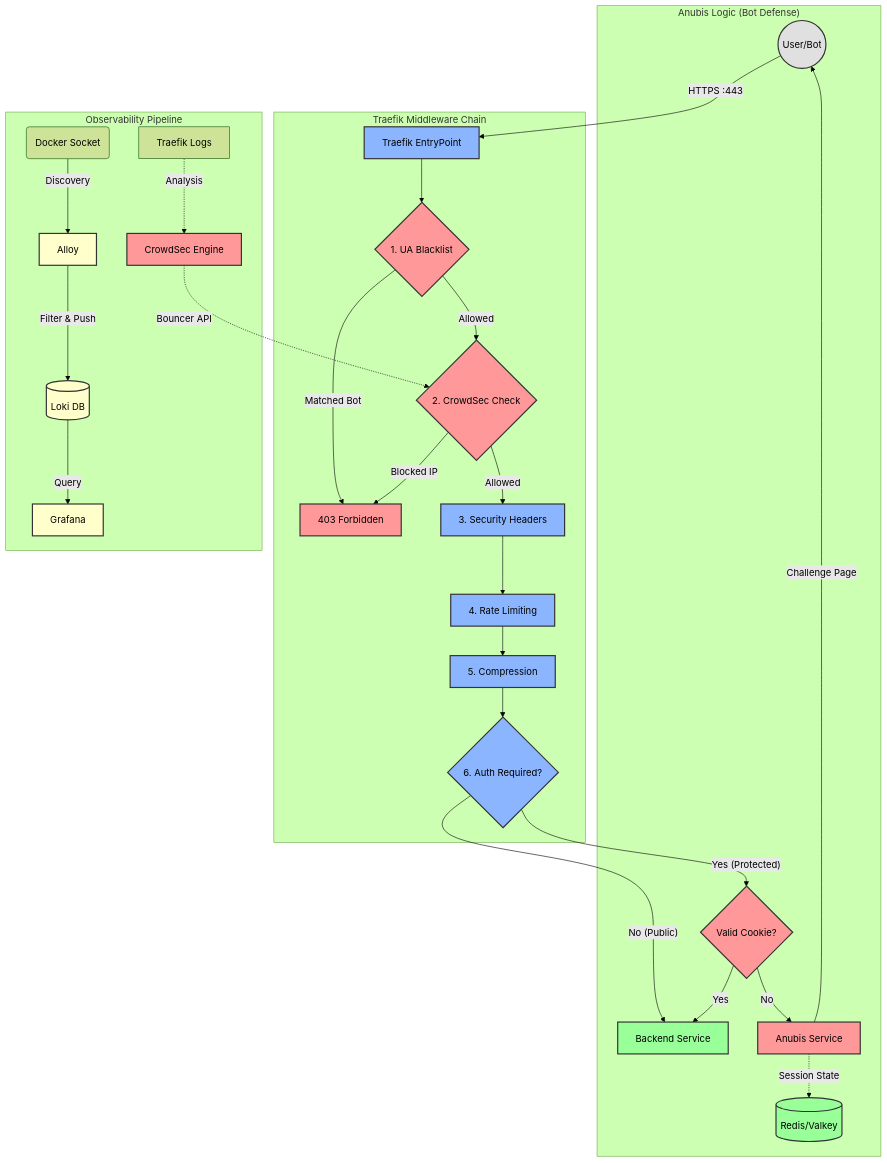
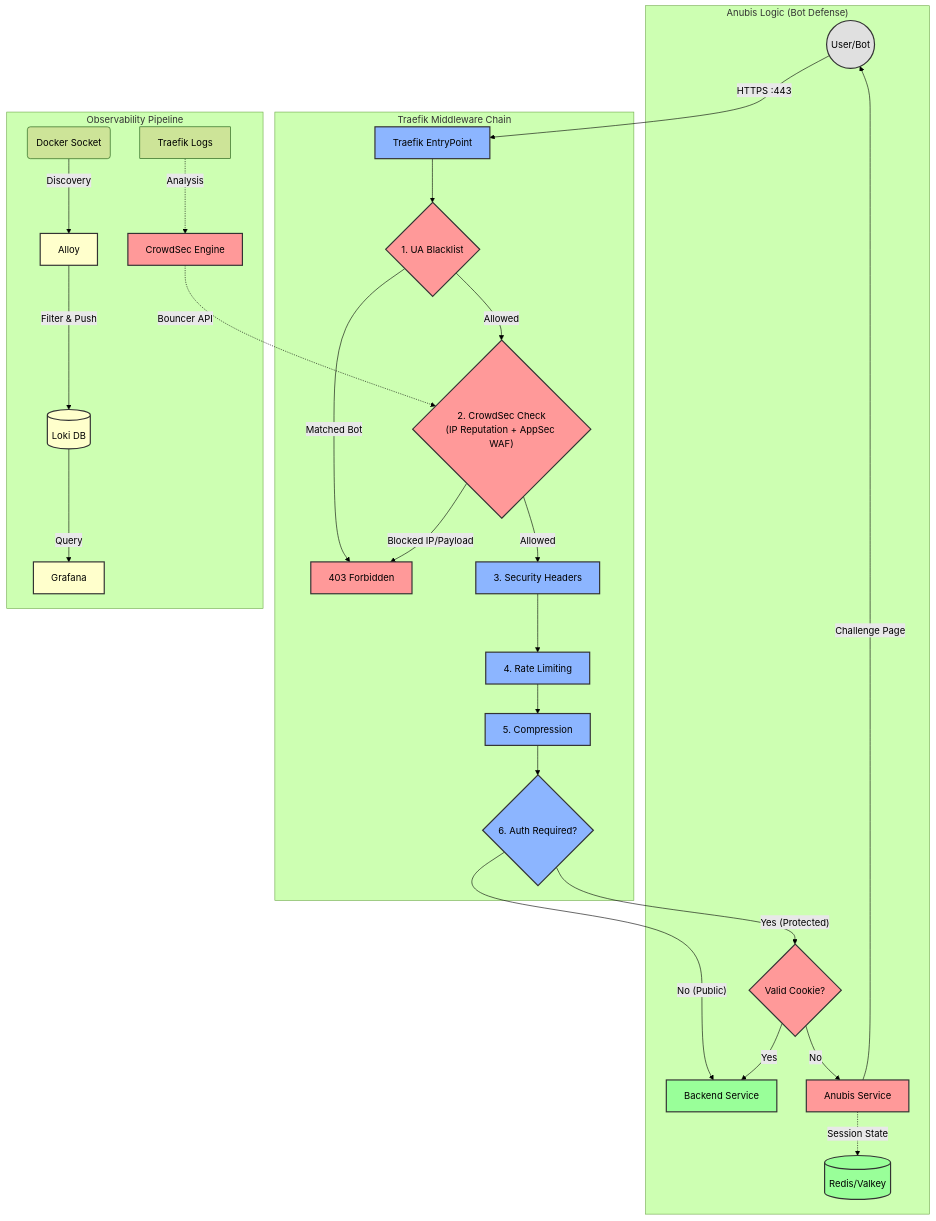
Before and after one commit to pinano/traefik-crowdsec-anubis-grafana: the diagram in README.md, drawn with Mermaid (forest theme). The commit also changed other lines of this file and 1 other file, not shown here.

Commit message:
feat: integrate CrowdSec AppSec WAF support with updated documentation and management commands

````diff
--- a/README.md
+++ b/README.md
@@ -126,39 +126,39 @@
 ```mermaid
 graph TD
     classDef user fill:#e0e0e0,stroke:#333,stroke-width:2px;
     classDef traefik fill:#8cb5ff,stroke:#333,stroke-width:2px;
     classDef security fill:#ff9999,stroke:#333,stroke-width:2px;
     classDef app fill:#99ff99,stroke:#333,stroke-width:2px;
     classDef observ fill:#ffffcc,stroke:#333,stroke-width:2px;
 
     User((User/Bot)):::user -->|HTTPS :443| T_Entry[Traefik EntryPoint]:::traefik
 
     subgraph "Traefik Middleware Chain"
         T_Entry --> MW_UA{1. UA Blacklist}:::security
         MW_UA -- Matched Bot --> Block[403 Forbidden]:::security
-        MW_UA -- Allowed --> MW_CS{2. CrowdSec Check}:::security
-        MW_CS -- Blocked IP --> Block
+        MW_UA -- Allowed --> MW_CS{"2. CrowdSec Check\n(IP Reputation + AppSec WAF)"}:::security
+        MW_CS -- Blocked IP/Payload --> Block
         MW_CS -- Allowed --> MW_Sec["3. Security Headers"]:::traefik
         MW_Sec --> MW_RL["4. Rate Limiting"]:::traefik
         MW_RL --> MW_Comp["5. Compression"]:::traefik
         MW_Comp --> MW_Auth{6. Auth Required?}:::traefik
     end
 
     subgraph "Anubis Logic (Bot Defense)"
         MW_Auth -- No (Public) --> Backend
         MW_Auth -- Yes (Protected) --> Check_Auth{"Valid Cookie?"}:::security
         Check_Auth -- Yes --> Backend[Backend Service]:::app
         Check_Auth -- No --> Anubis_Svc[Anubis Service]:::security
         Anubis_Svc -->|Challenge Page| User
         Anubis_Svc -.->|Session State| Redis[(Redis/Valkey)]:::app
     end
 
     subgraph "Observability Pipeline"
         Docker_Sock(Docker Socket) -->|Discovery| Alloy:::observ
         Alloy -->|Filter & Push| Loki[(Loki DB)]:::observ
         Loki -->|Query| Grafana[Grafana]:::observ
         
         Traefik_Logs[Traefik Logs] -.->|Analysis| CrowdSec[CrowdSec Engine]:::security
         CrowdSec -.->|Bouncer API| MW_CS
     end
 ```
````
